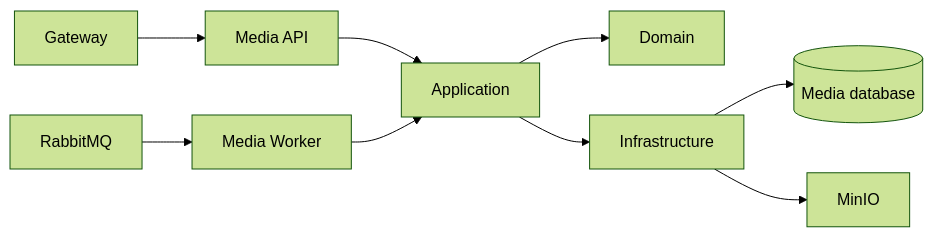
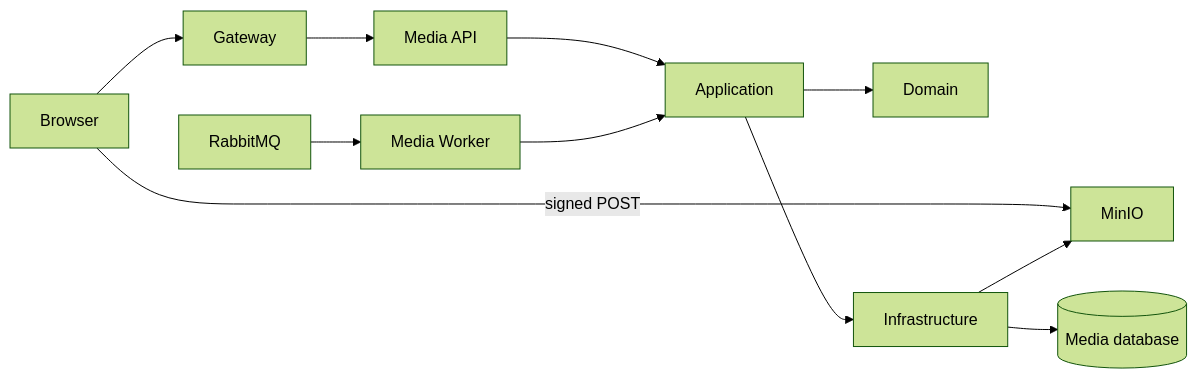
One commit to Minhduc7904/MiniProjectTrainingKaopiz changed the diagram in ducnm3/docs/architecture/backend/media-service/architecture.md. Above: the diagram before and after it, drawn with Mermaid (forest theme). The commit also changed other lines of this file and 289 other files, not shown here.

```diff
--- a/ducnm3/docs/architecture/backend/media-service/architecture.md
+++ b/ducnm3/docs/architecture/backend/media-service/architecture.md
@@ -7,8 +7,9 @@
 ~~~mermaid
 flowchart LR
-  Gateway --> Api[Media API] --> App[Application] --> Domain
+  Browser -->|signed POST| MinIO
+  Browser --> Gateway --> Api[Media API] --> App[Application] --> Domain
   App --> Infra[Infrastructure]
   Infra --> Db[(Media database)]
   Infra --> MinIO
   MQ[RabbitMQ] --> Worker[Media Worker] --> App
 ~~~
```
